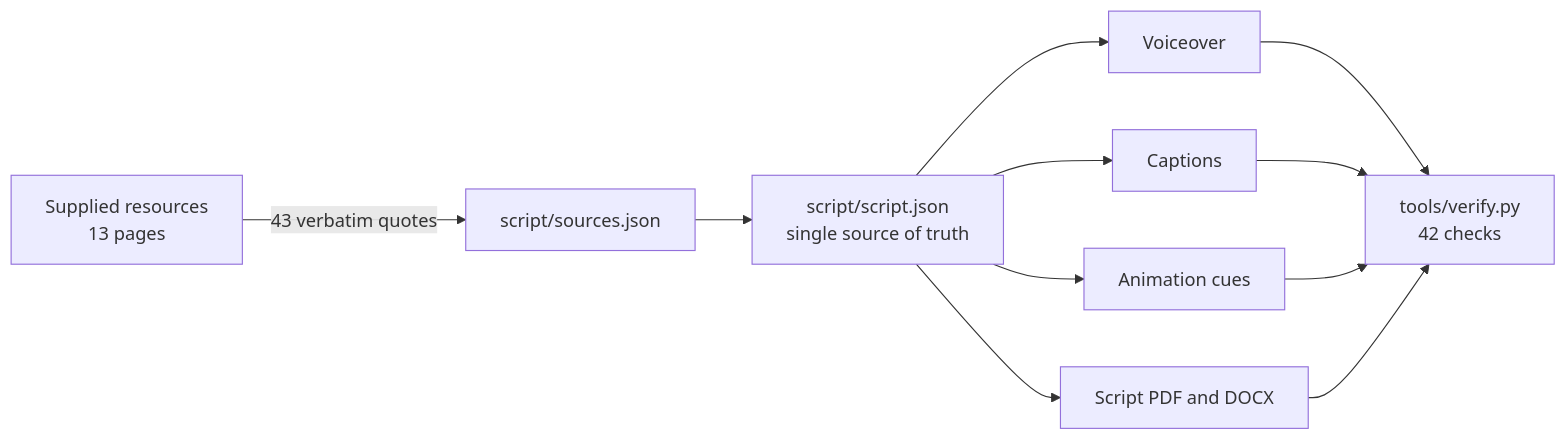
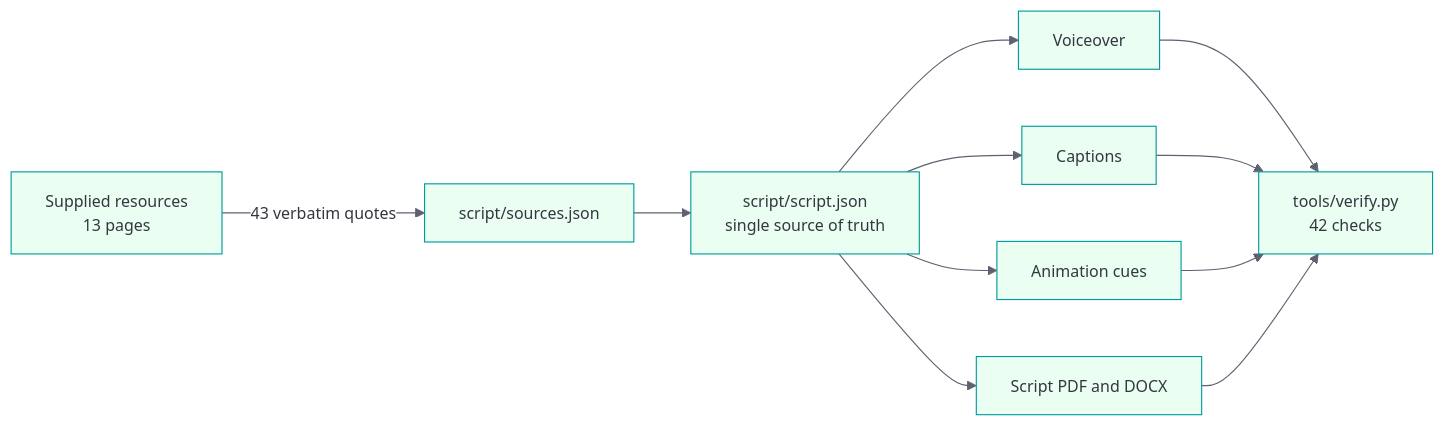
The diagram in README.md (watson-ops/redbelly-through-tokeniser), drawn with Mermaid before and after one commit.

Commit message:
Match the README diagram to the brand colours

````diff
--- a/README.md
+++ b/README.md
@@ -91,10 +91,11 @@
 ```mermaid
+%%{init: {'theme': 'base', 'themeVariables': {'primaryColor': '#EAFFF2', 'primaryBorderColor': '#009C9C', 'primaryTextColor': '#343740', 'lineColor': '#5E6270', 'edgeLabelBackground': '#FFFFFF', 'fontSize': '14px'}}}%%
 flowchart LR
     A[Supplied resources<br>13 pages] -->|43 verbatim quotes| B[script/sources.json]
     B --> C[script/script.json<br>single source of truth]
     C --> D[Voiceover]
     C --> E[Captions]
     C --> F[Animation cues]
     C --> G[Script PDF and DOCX]
     D & E & F & G --> H[tools/verify.py<br>42 checks]
 ```
````
